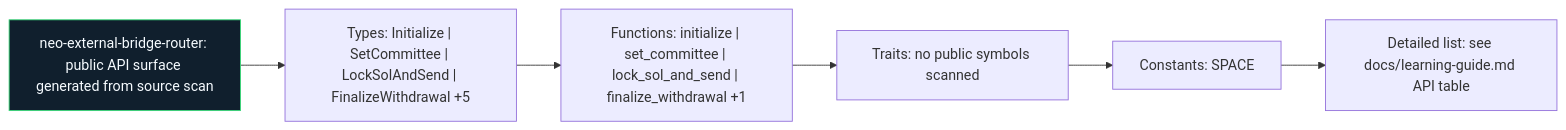
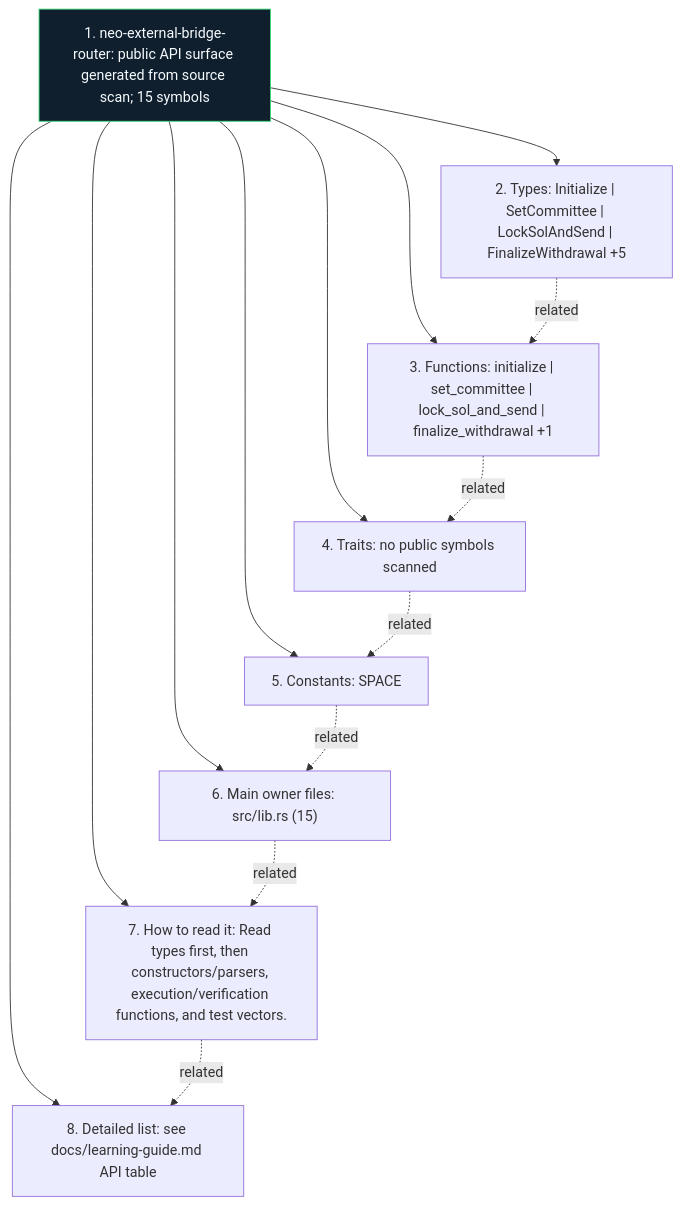
Before and after one commit to r3e-network/neo-n4: the diagram in external/foreign-contracts/sol/programs/neo-external-bridge-router/docs/figures/api-surface.mmd, drawn with Mermaid. The commit also changed 355 other files, not shown here.

Commit message:
Deepen crate diagrams with source-aware atlas

```diff
--- a/external/foreign-contracts/sol/programs/neo-external-bridge-router/docs/figures/api-surface.mmd
+++ b/external/foreign-contracts/sol/programs/neo-external-bridge-router/docs/figures/api-surface.mmd
@@ -1,14 +1,24 @@
-flowchart LR
-    N1["neo-external-bridge-router: public API surface generated from source scan"]
-    N2["Types: Initialize | SetCommittee | LockSolAndSend | FinalizeWithdrawal +5"]
-    N3["Functions: initialize | set_committee | lock_sol_and_send | finalize_withdrawal +1"]
-    N4["Traits: no public symbols scanned"]
-    N5["Constants: SPACE"]
-    N6["Detailed list: see docs/learning-guide.md API table"]
+flowchart TB
+    N1["1. neo-external-bridge-router: public API surface generated from source scan; 15 symbols"]
+    N2["2. Types: Initialize | SetCommittee | LockSolAndSend | FinalizeWithdrawal +5"]
+    N3["3. Functions: initialize | set_committee | lock_sol_and_send | finalize_withdrawal +1"]
+    N4["4. Traits: no public symbols scanned"]
+    N5["5. Constants: SPACE"]
+    N6["6. Main owner files: src/lib.rs (15)"]
+    N7["7. How to read it: Read types first, then constructors/parsers, execution/verification functions, and test vectors."]
+    N8["8. Detailed list: see docs/learning-guide.md API table"]
     N1 --> N2
-    N2 --> N3
-    N3 --> N4
-    N4 --> N5
-    N5 --> N6
+    N1 --> N3
+    N1 --> N4
+    N1 --> N5
+    N1 --> N6
+    N1 --> N7
+    N1 --> N8
+    N2 -. related .-> N3
+    N3 -. related .-> N4
+    N4 -. related .-> N5
+    N5 -. related .-> N6
+    N6 -. related .-> N7
+    N7 -. related .-> N8
     classDef crate fill:#101f2d,stroke:#38d978,color:#f6fbff
     class N1 crate
```
